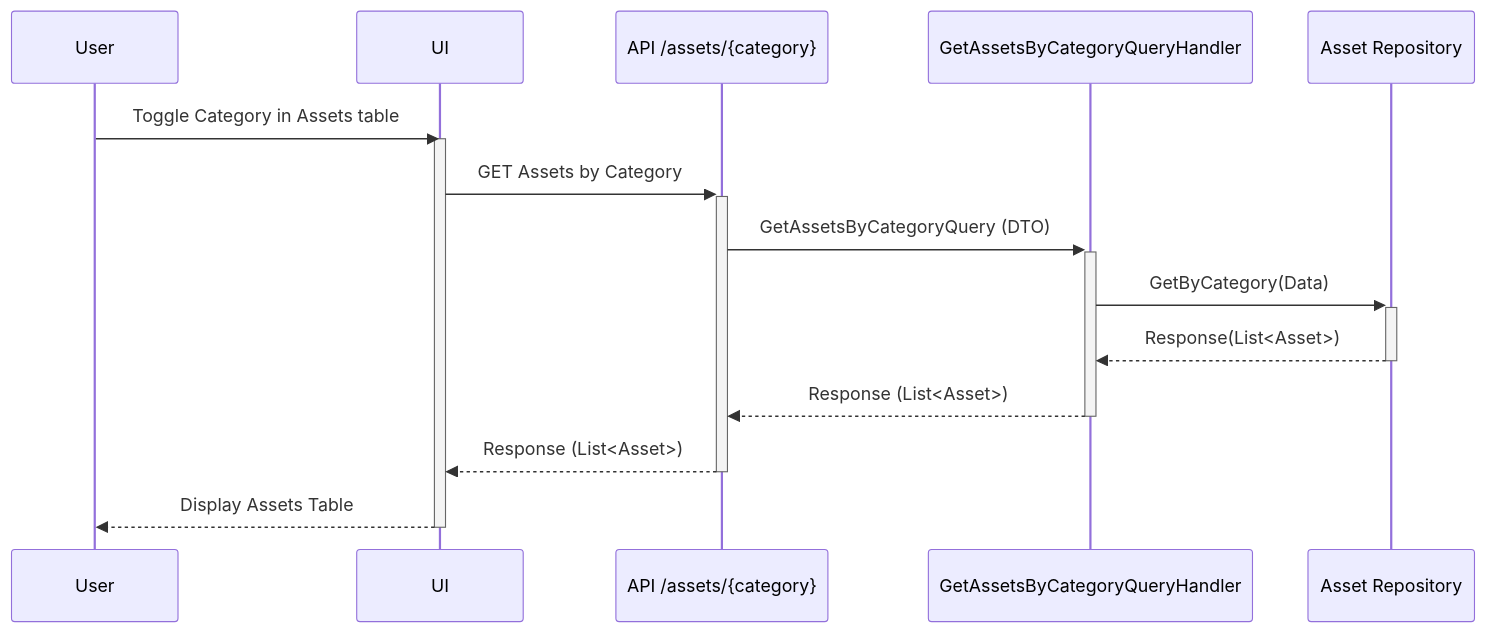
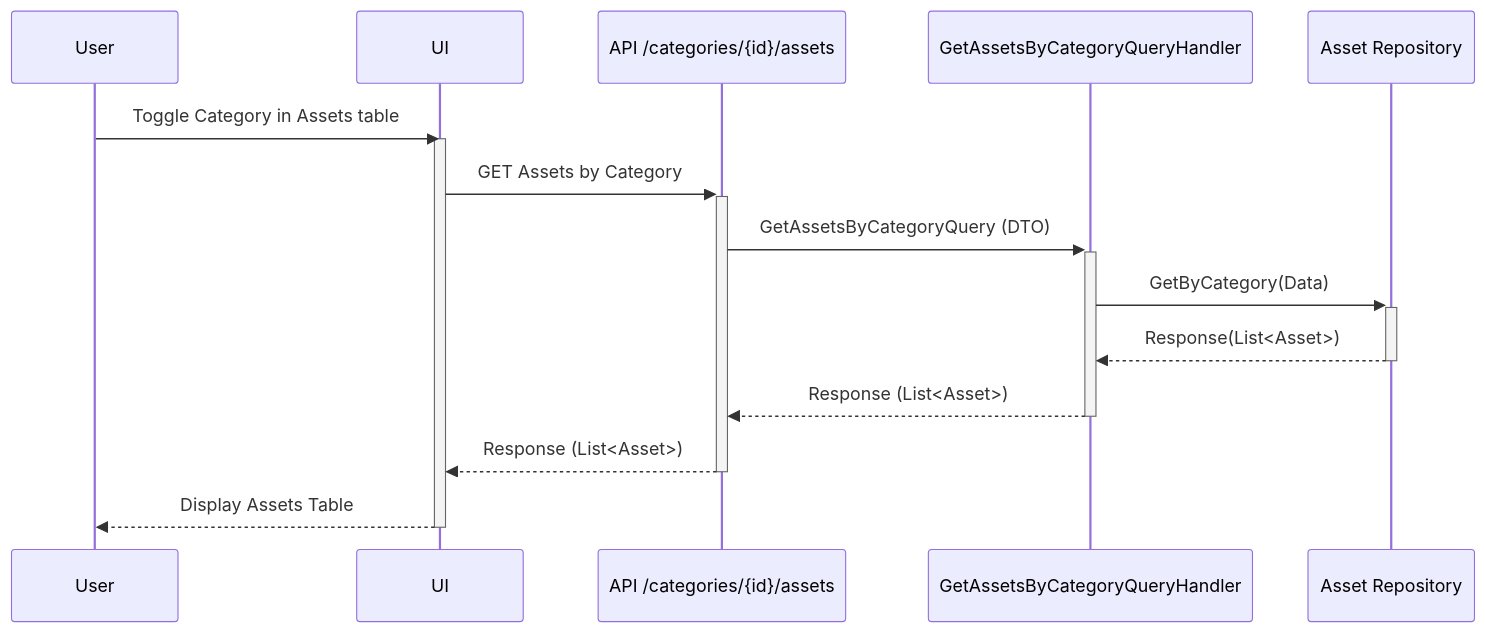
Before and after one commit to livun/bouvet-asset-hub: the fourth of 4 diagrams in docs/sequence-diagrams/read-asset.md, drawn with Mermaid. The commit also changed 18 other files, not shown here.

Commit message:
asset commands, handlers, api, repos

````diff
--- a/docs/sequence-diagrams/read-asset.md
+++ b/docs/sequence-diagrams/read-asset.md
@@ -53,14 +53,14 @@
 ```mermaid
 sequenceDiagram
 User ->> UI : Toggle Category in Assets table
     Activate UI
-        UI ->>+ API /assets/{category}: GET Assets by Category 
-        API /assets/{category} ->>+ GetAssetsByCategoryQueryHandler : GetAssetsByCategoryQuery (DTO)
+        UI ->>+ API /categories/{id}/assets: GET Assets by Category 
+        API /categories/{id}/assets ->>+ GetAssetsByCategoryQueryHandler : GetAssetsByCategoryQuery (DTO)
         GetAssetsByCategoryQueryHandler ->>+ Asset Repository : GetByCategory(Data)
         Asset Repository -->>- GetAssetsByCategoryQueryHandler : Response(List<Asset>)
-        GetAssetsByCategoryQueryHandler -->>- API /assets/{category} : Response (List<Asset>)
-        API /assets/{category} -->>- UI : Response (List<Asset>)
+        GetAssetsByCategoryQueryHandler -->>- API /categories/{id}/assets : Response (List<Asset>)
+        API /categories/{id}/assets -->>- UI : Response (List<Asset>)
         UI -->> User: Display Assets Table
     Deactivate UI
 
 ```
````
